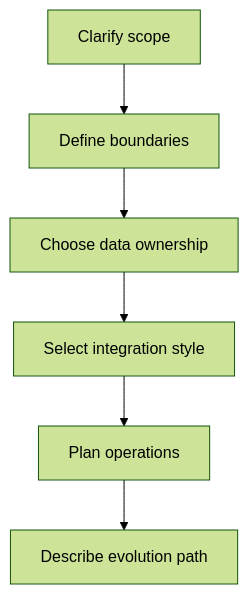
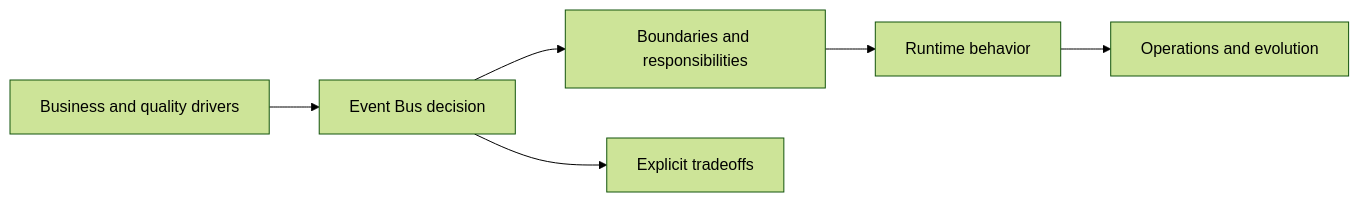
One commit to abstractinterviews/abstractinterviews.github.io changed the second of 3 diagrams in architecture/integration-architectures/event-bus/index.md. Above: the diagram before and after it, drawn with Mermaid (forest theme). The commit also changed other lines of this file and 278 other files, not shown here.

````diff
--- a/architecture/integration-architectures/event-bus/index.md
+++ b/architecture/integration-architectures/event-bus/index.md
@@ -107,8 +98,8 @@
-~~~mermaid
-flowchart TD
-    Scope["Clarify scope"] --> Boundaries["Define boundaries"]
-    Boundaries --> Data["Choose data ownership"]
-    Data --> Integration["Select integration style"]
-    Integration --> Ops["Plan operations"]
-    Ops --> Evolution["Describe evolution path"]
-~~~
+```mermaid
+flowchart LR
+    Drivers["Business and quality drivers"] --> Decision["Event Bus decision"]
+    Decision --> Structure["Boundaries and responsibilities"]
+    Structure --> Runtime["Runtime behavior"]
+    Runtime --> Ops["Operations and evolution"]
+    Decision --> Tradeoffs["Explicit tradeoffs"]
+```
````
